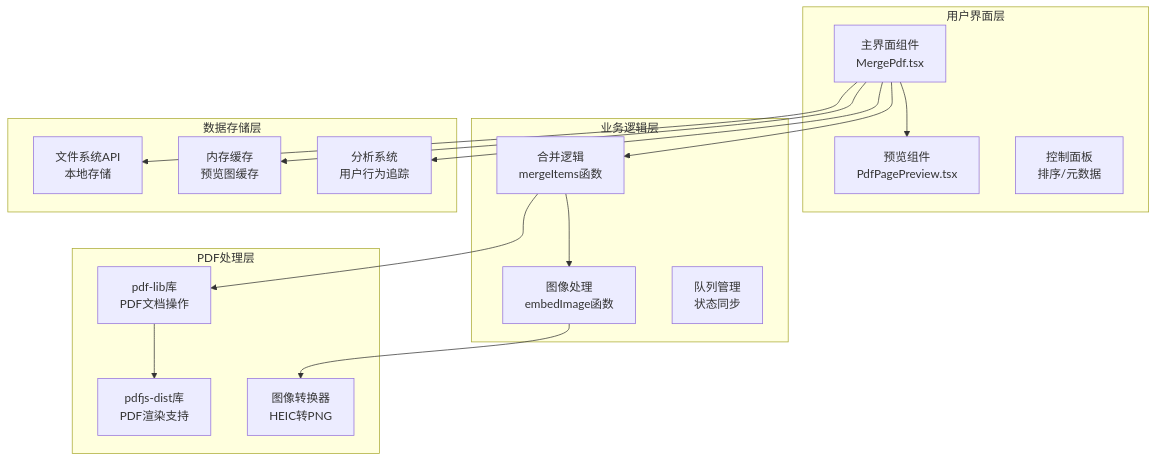
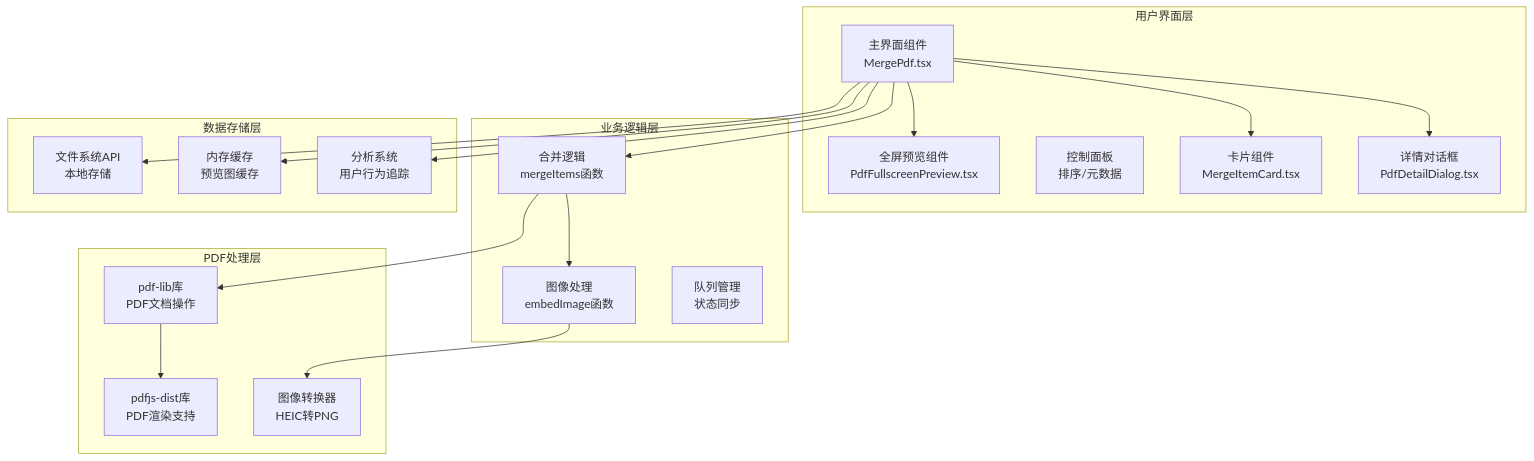
One commit to sgyy/privadeck changed the first of 11 diagrams in .qoder/repowiki/zh/content/PDF工具/PDF合并工具.md. Above: the diagram before and after it, drawn with Mermaid. The commit also changed other lines of this file and 4 other files, not shown here.

````diff
--- a/.qoder/repowiki/zh/content/PDF工具/PDF合并工具.md
+++ b/.qoder/repowiki/zh/content/PDF工具/PDF合并工具.md
@@ -66,32 +71,36 @@
 ```mermaid
 graph TB
 subgraph "用户界面层"
 UI[主界面组件<br/>MergePdf.tsx]
-Preview[预览组件<br/>PdfPagePreview.tsx]
+Preview[全屏预览组件<br/>PdfFullscreenPreview.tsx]
 Controls[控制面板<br/>排序/元数据]
+Card[卡片组件<br/>MergeItemCard.tsx]
+Dialog[详情对话框<br/>PdfDetailDialog.tsx]
 end
 subgraph "业务逻辑层"
 MergeLogic[合并逻辑<br/>mergeItems函数]
 ImageLogic[图像处理<br/>embedImage函数]
 QueueManager[队列管理<br/>状态同步]
 end
 subgraph "PDF处理层"
 PdfLib[pdf-lib库<br/>PDF文档操作]
 PdfJsDist[pdfjs-dist库<br/>PDF渲染支持]
 ImageConverter[图像转换器<br/>HEIC转PNG]
 end
 subgraph "数据存储层"
 FileSystem[文件系统API<br/>本地存储]
 MemoryCache[内存缓存<br/>预览图缓存]
 Analytics[分析系统<br/>用户行为追踪]
 end
 UI --> MergeLogic
 UI --> Preview
+UI --> Card
+UI --> Dialog
 MergeLogic --> PdfLib
 MergeLogic --> ImageLogic
 ImageLogic --> ImageConverter
 PdfLib --> PdfJsDist
 UI --> FileSystem
 UI --> MemoryCache
 UI --> Analytics
 ```
````
